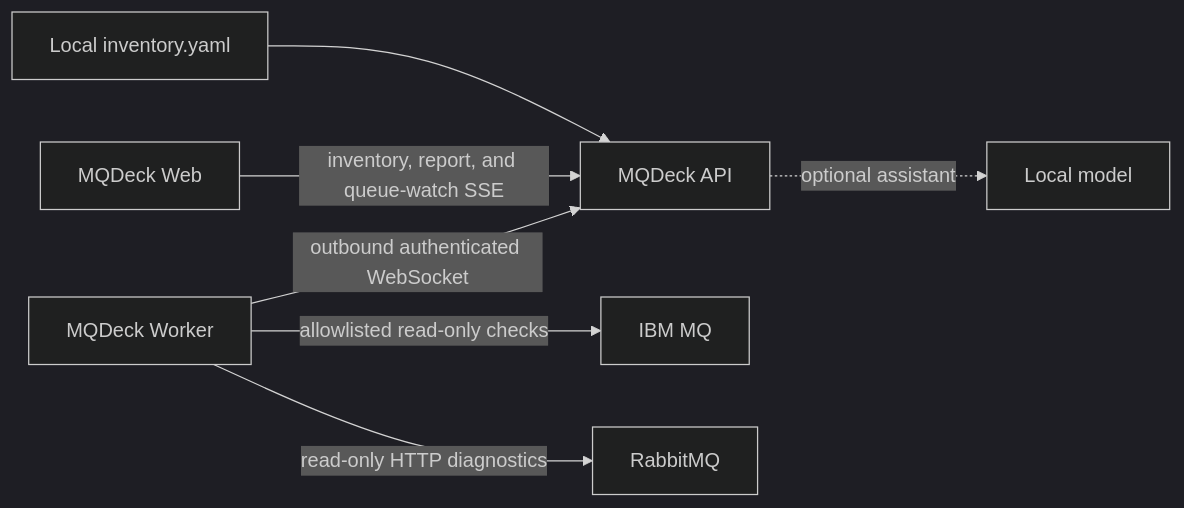
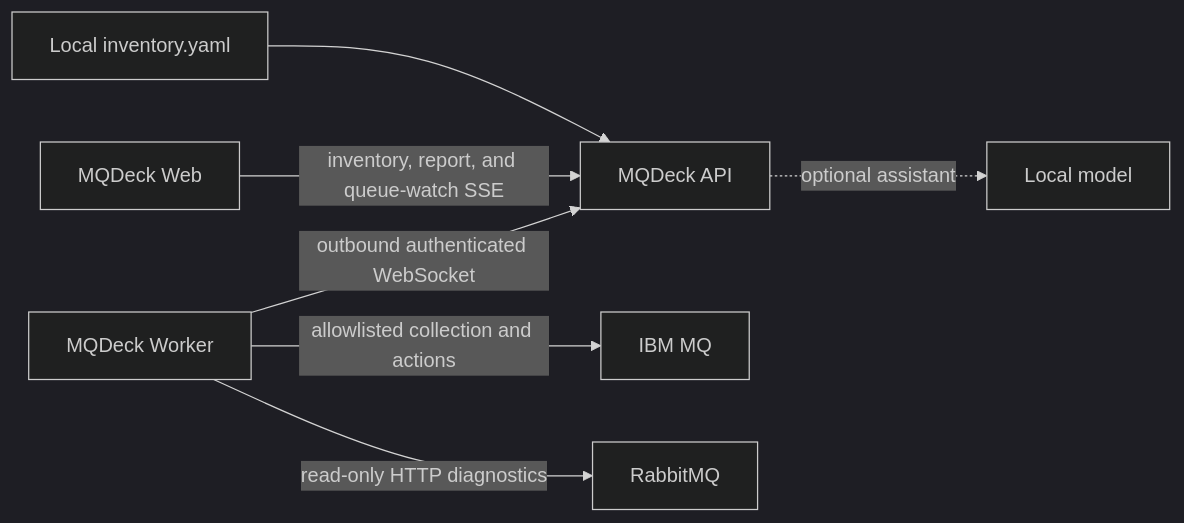
The diagram in README.md (mqdeck/mqdeck), drawn with Mermaid (dark theme) before and after one commit. The commit also changed other lines of this file and 26 other files, not shown here.

````diff
--- a/README.md
+++ b/README.md
@@ -14,9 +17,9 @@
 ```mermaid
 flowchart LR
     YAML["Local inventory.yaml"] --> API["MQDeck API"]
     WEB["MQDeck Web"] -->|"inventory, report, and queue-watch SSE"| API
     WORKER["MQDeck Worker"] -->|"outbound authenticated WebSocket"| API
-    WORKER -->|"allowlisted read-only checks"| IBM["IBM MQ"]
+    WORKER -->|"allowlisted collection and actions"| IBM["IBM MQ"]
     WORKER -->|"read-only HTTP diagnostics"| RMQ["RabbitMQ"]
     API -.->|"optional assistant"| MODEL["Local model"]
 ```
````
